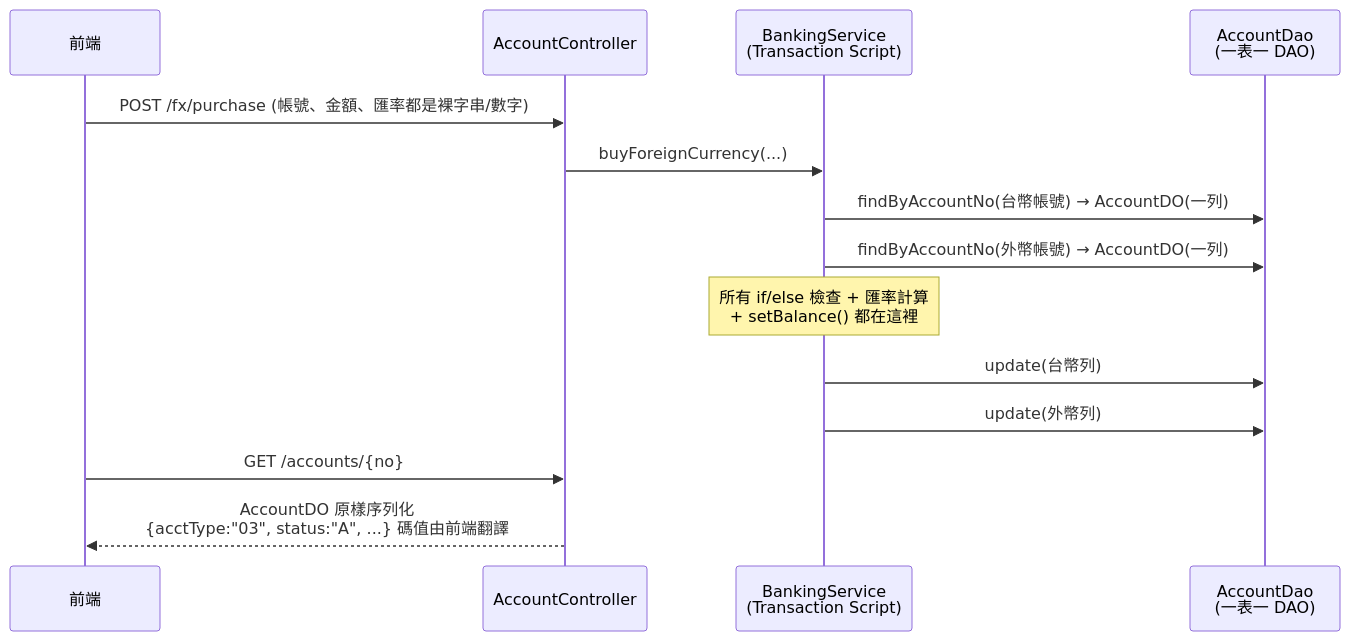
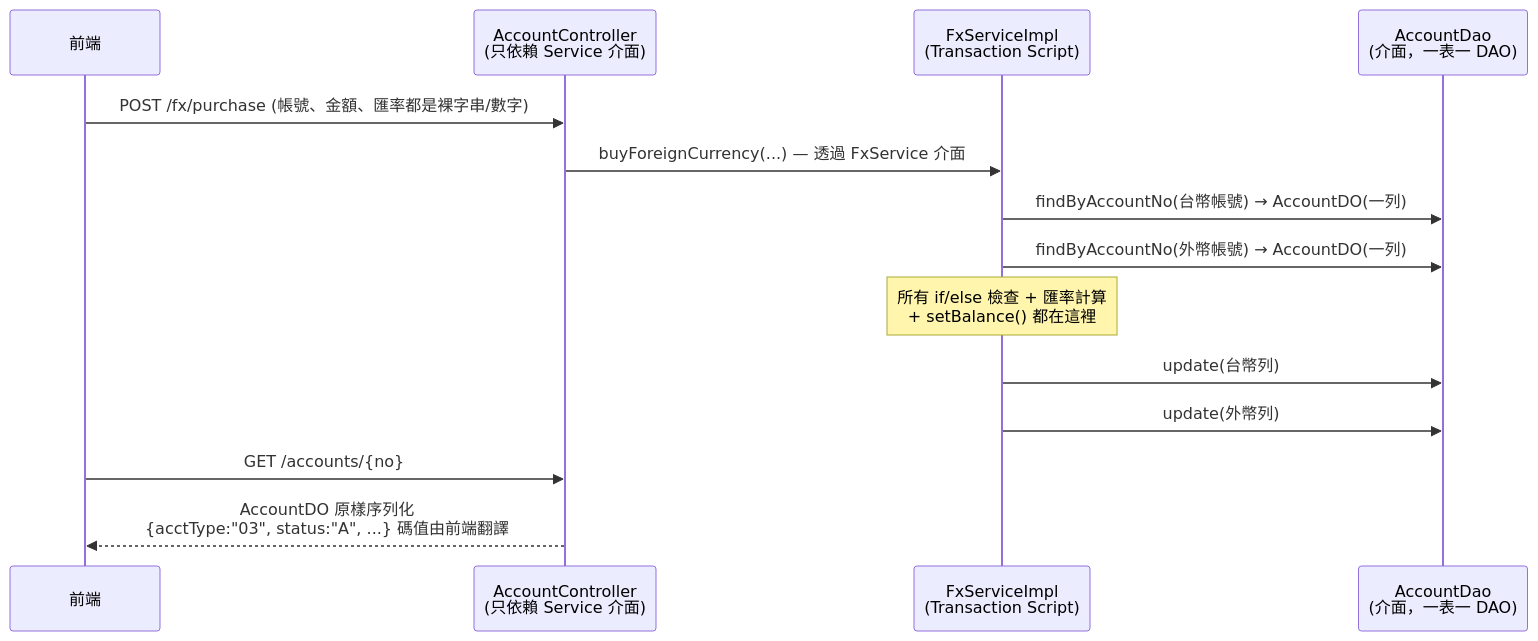
The third of 6 diagrams in README.md (ChunPingWang/data-model-vs-domain-mode), drawn with Mermaid before and after one commit. The commit also changed other lines of this file and 63 other files, not shown here.

````diff
--- a/README.md
+++ b/README.md
@@ -177,16 +212,16 @@
 ```mermaid
 sequenceDiagram
     participant UI as 前端
-    participant C as AccountController
-    participant S as BankingService<br/>(Transaction Script)
-    participant D as AccountDao<br/>(一表一 DAO)
+    participant C as AccountController<br/>(只依賴 Service 介面)
+    participant S as FxServiceImpl<br/>(Transaction Script)
+    participant D as AccountDao<br/>(介面，一表一 DAO)
     UI->>C: POST /fx/purchase (帳號、金額、匯率都是裸字串/數字)
-    C->>S: buyForeignCurrency(...)
+    C->>S: buyForeignCurrency(...) — 透過 FxService 介面
     S->>D: findByAccountNo(台幣帳號) → AccountDO(一列)
     S->>D: findByAccountNo(外幣帳號) → AccountDO(一列)
     Note over S: 所有 if/else 檢查 + 匯率計算<br/>+ setBalance() 都在這裡
     S->>D: update(台幣列)
     S->>D: update(外幣列)
     UI->>C: GET /accounts/{no}
     C-->>UI: AccountDO 原樣序列化<br/>{acctType:"03", status:"A", ...} 碼值由前端翻譯
 ```
````
